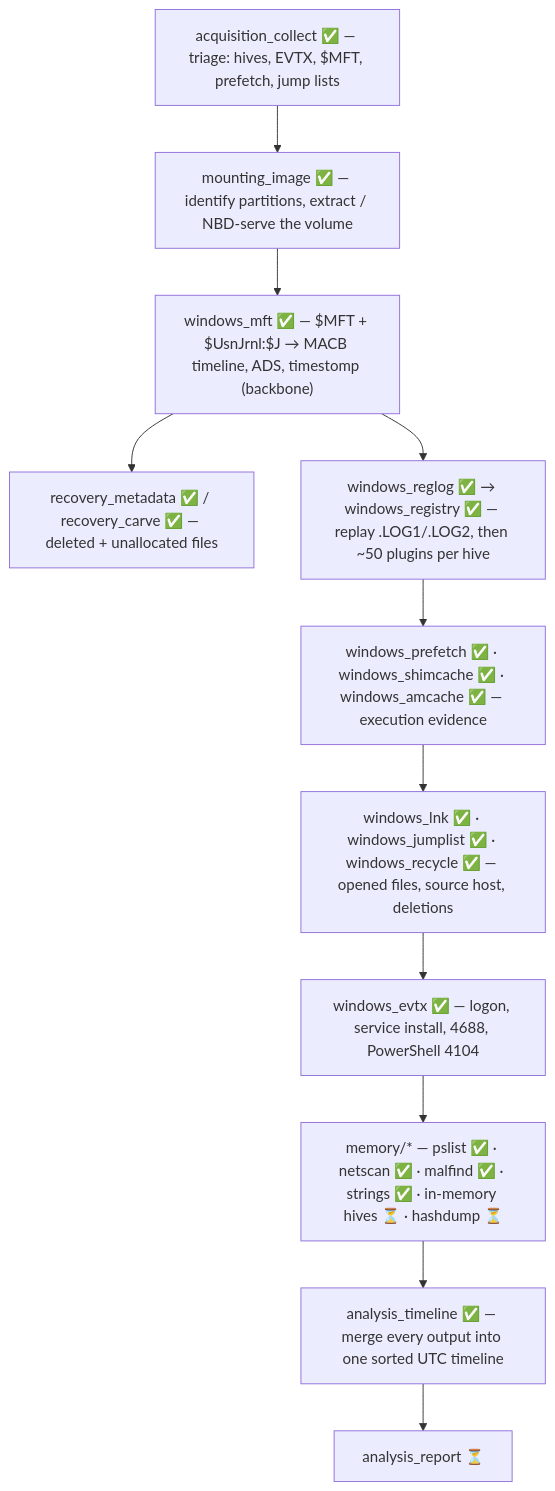
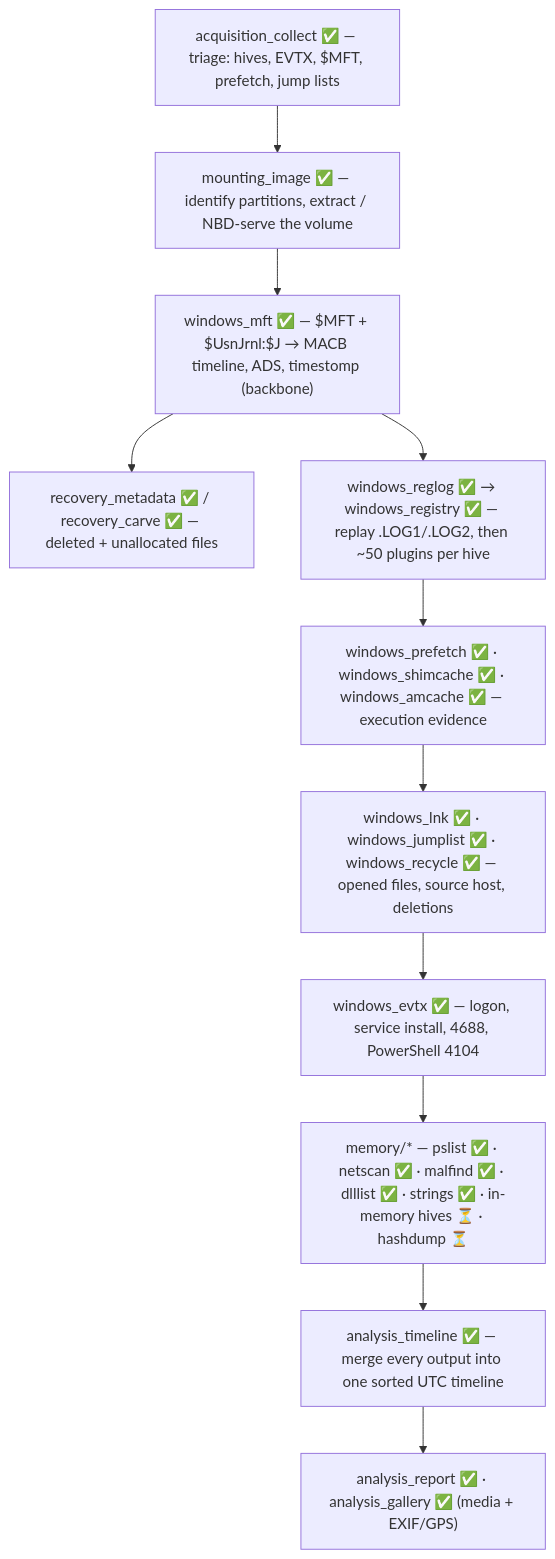
One commit to mostafaimam/Forensics-Tools changed the second of 4 diagrams in README.md. Above: the diagram before and after it, drawn with Mermaid. The commit also changed other lines of this file and 17 other files, not shown here.

````diff
--- a/README.md
+++ b/README.md
@@ -144,13 +145,13 @@
 ```mermaid
 flowchart TD
     A["acquisition_collect ✅ — triage: hives, EVTX, $MFT, prefetch, jump lists"] --> B["mounting_image ✅ — identify partitions, extract / NBD-serve the volume"]
     B --> C["windows_mft ✅ — $MFT + $UsnJrnl:$J → MACB timeline, ADS, timestomp (backbone)"]
     C --> RC["recovery_metadata ✅ / recovery_carve ✅ — deleted + unallocated files"]
     C --> D["windows_reglog ✅ → windows_registry ✅ — replay .LOG1/.LOG2, then ~50 plugins per hive"]
     D --> E["windows_prefetch ✅ · windows_shimcache ✅ · windows_amcache ✅ — execution evidence"]
     E --> F["windows_lnk ✅ · windows_jumplist ✅ · windows_recycle ✅ — opened files, source host, deletions"]
     F --> G["windows_evtx ✅ — logon, service install, 4688, PowerShell 4104"]
-    G --> H["memory/* — pslist ✅ · netscan ✅ · malfind ✅ · strings ✅ · in-memory hives ⏳ · hashdump ⏳"]
+    G --> H["memory/* — pslist ✅ · netscan ✅ · malfind ✅ · dlllist ✅ · strings ✅ · in-memory hives ⏳ · hashdump ⏳"]
     H --> I["analysis_timeline ✅ — merge every output into one sorted UTC timeline"]
-    I --> J["analysis_report ⏳"]
+    I --> J["analysis_report ✅ · analysis_gallery ✅ (media + EXIF/GPS)"]
 ```
````
